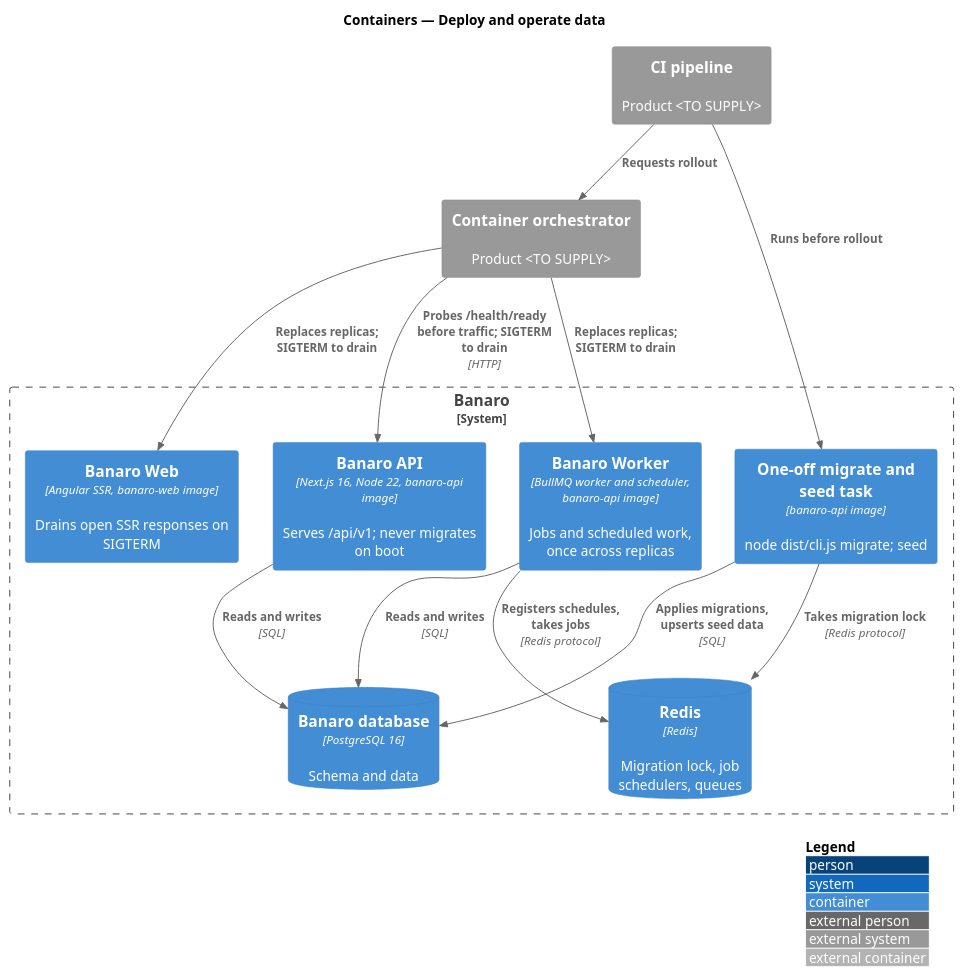
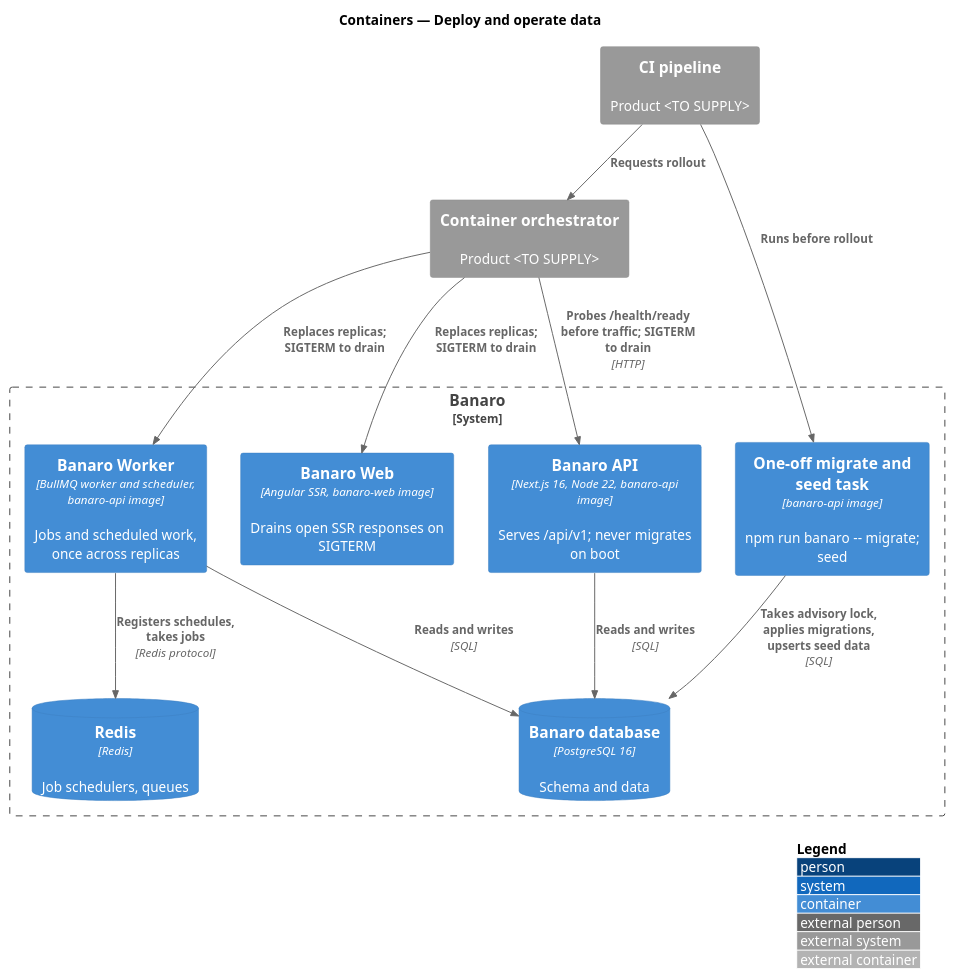
One commit to QuinntyneBrown/banaro changed the diagram in docs/detailed-designs/operations/deploy-and-operate-data/diagrams/c4-container.puml. Above: the diagram before and after it, drawn with PlantUML. The commit also changed 14 other files, not shown here.

```diff
--- a/docs/detailed-designs/operations/deploy-and-operate-data/diagrams/c4-container.puml
+++ b/docs/detailed-designs/operations/deploy-and-operate-data/diagrams/c4-container.puml
@@ -1,28 +1,27 @@
 @startuml
 !include <C4/C4_Container>
 LAYOUT_WITH_LEGEND()
 title Containers — Deploy and operate data
 
 System_Ext(pipeline, "CI pipeline", "Product <TO SUPPLY>")
 System_Ext(orchestrator, "Container orchestrator", "Product <TO SUPPLY>")
 
 System_Boundary(banaro, "Banaro") {
-  Container(migrator, "One-off migrate and seed task", "banaro-api image", "node dist/cli.js migrate; seed")
+  Container(migrator, "One-off migrate and seed task", "banaro-api image", "npm run banaro -- migrate; seed")
   Container(api, "Banaro API", "Next.js 16, Node 22, banaro-api image", "Serves /api/v1; never migrates on boot")
   Container(worker, "Banaro Worker", "BullMQ worker and scheduler, banaro-api image", "Jobs and scheduled work, once across replicas")
   Container(web, "Banaro Web", "Angular SSR, banaro-web image", "Drains open SSR responses on SIGTERM")
   ContainerDb(db, "Banaro database", "PostgreSQL 16", "Schema and data")
-  ContainerDb(redis, "Redis", "Redis", "Migration lock, job schedulers, queues")
+  ContainerDb(redis, "Redis", "Redis", "Job schedulers, queues")
 }
 
 Rel(pipeline, migrator, "Runs before rollout")
-Rel(migrator, db, "Applies migrations, upserts seed data", "SQL")
-Rel(migrator, redis, "Takes migration lock", "Redis protocol")
+Rel(migrator, db, "Takes advisory lock, applies migrations, upserts seed data", "SQL")
 Rel(pipeline, orchestrator, "Requests rollout")
 Rel(orchestrator, api, "Probes /health/ready before traffic; SIGTERM to drain", "HTTP")
 Rel(orchestrator, worker, "Replaces replicas; SIGTERM to drain")
 Rel(orchestrator, web, "Replaces replicas; SIGTERM to drain")
 Rel(api, db, "Reads and writes", "SQL")
 Rel(worker, redis, "Registers schedules, takes jobs", "Redis protocol")
 Rel(worker, db, "Reads and writes", "SQL")
 @enduml
```
